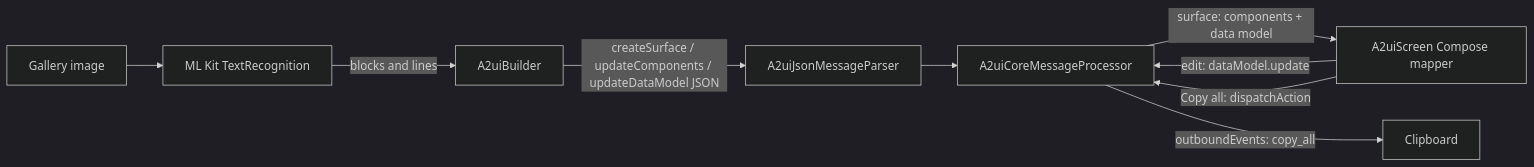
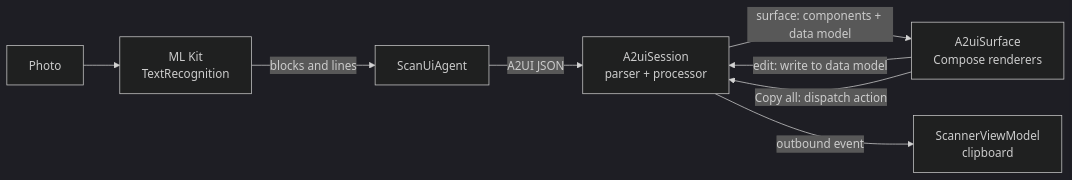
One commit to WhoisAbel/WordLens changed the first of 2 diagrams in README.md. Above: the diagram before and after it, drawn with Mermaid (dark theme). The commit also changed other lines of this file, not shown here.

First line of the commit message:
docs: add step-by-step ML Kit and A2UI tutorial to README

````diff
--- a/README.md
+++ b/README.md
@@ -16,11 +42,10 @@
 ```mermaid
 flowchart LR
-    A[Gallery image] --> B[ML Kit TextRecognition]
-    B -->|blocks and lines| C[A2uiBuilder]
-    C -->|createSurface / updateComponents / updateDataModel JSON| D[A2uiJsonMessageParser]
-    D --> E[A2uiCoreMessageProcessor]
-    E -->|surface: components + data model| F[A2uiScreen Compose mapper]
-    F -->|edit: dataModel.update| E
-    F -->|Copy all: dispatchAction| E
-    E -->|outboundEvents: copy_all| G[Clipboard]
+    A[Photo] --> B[ML Kit<br/>TextRecognition]
+    B -->|blocks and lines| C[ScanUiAgent]
+    C -->|A2UI JSON| D[A2uiSession<br/>parser + processor]
+    D -->|surface: components + data model| E[A2uiSurface<br/>Compose renderers]
+    E -->|edit: write to data model| D
+    E -->|Copy all: dispatch action| D
+    D -->|outbound event| F[ScannerViewModel<br/>clipboard]
 ```
````
